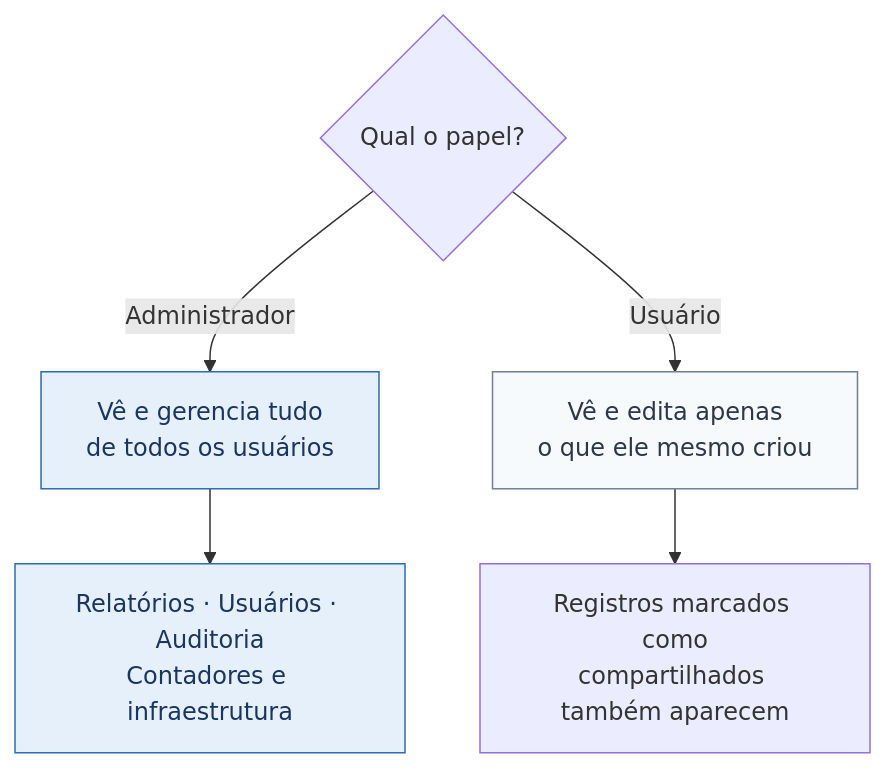
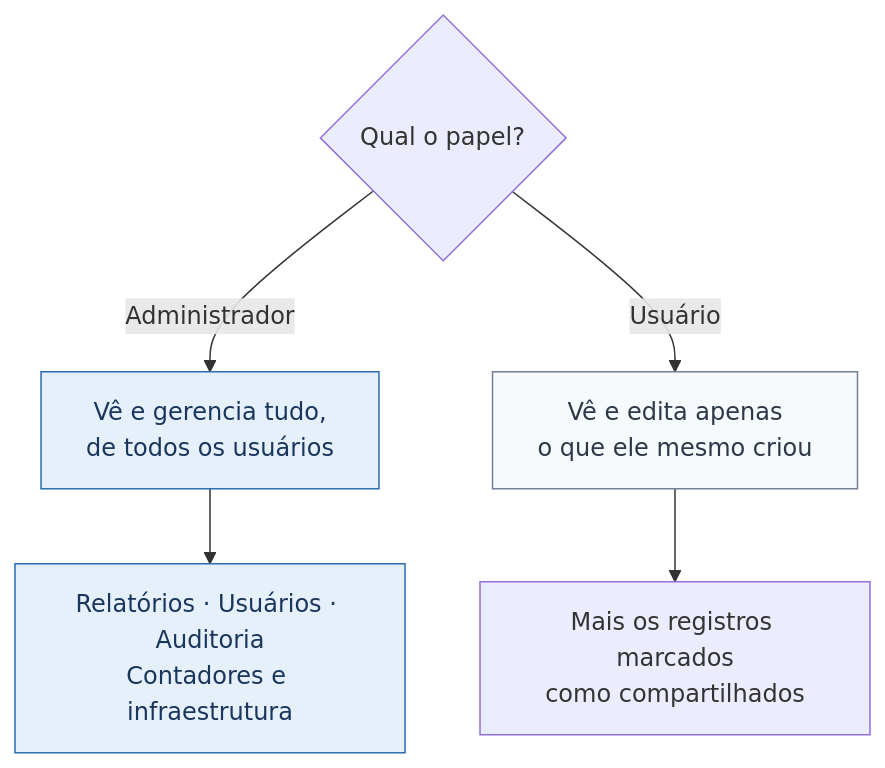
The sixth of 9 diagrams in README.md (henji-ware/erp), drawn with Mermaid before and after one commit. The commit also changed other lines of this file, not shown here.

````diff
--- a/README.md
+++ b/README.md
@@ -206,13 +285,13 @@
 ```mermaid
 flowchart TD
     U{"Qual o papel?"}
-    U -->|Administrador| A["Vê e gerencia tudo<br/>de todos os usuários"]
+    U -->|Administrador| A["Vê e gerencia tudo,<br/>de todos os usuários"]
     U -->|Usuário| B["Vê e edita apenas<br/>o que ele mesmo criou"]
 
-    B --> C["Registros marcados como<br/>compartilhados também aparecem"]
+    B --> C["Mais os registros marcados<br/>como compartilhados"]
     A --> D["Relatórios · Usuários · Auditoria<br/>Contadores e infraestrutura"]
 
     style A fill:#e6f0fb,stroke:#2b6cb0,color:#1a365d
+    style D fill:#e6f0fb,stroke:#2b6cb0,color:#1a365d
     style B fill:#f7fafc,stroke:#718096,color:#2d3748
-    style D fill:#e6f0fb,stroke:#2b6cb0,color:#1a365d
 ```
````
